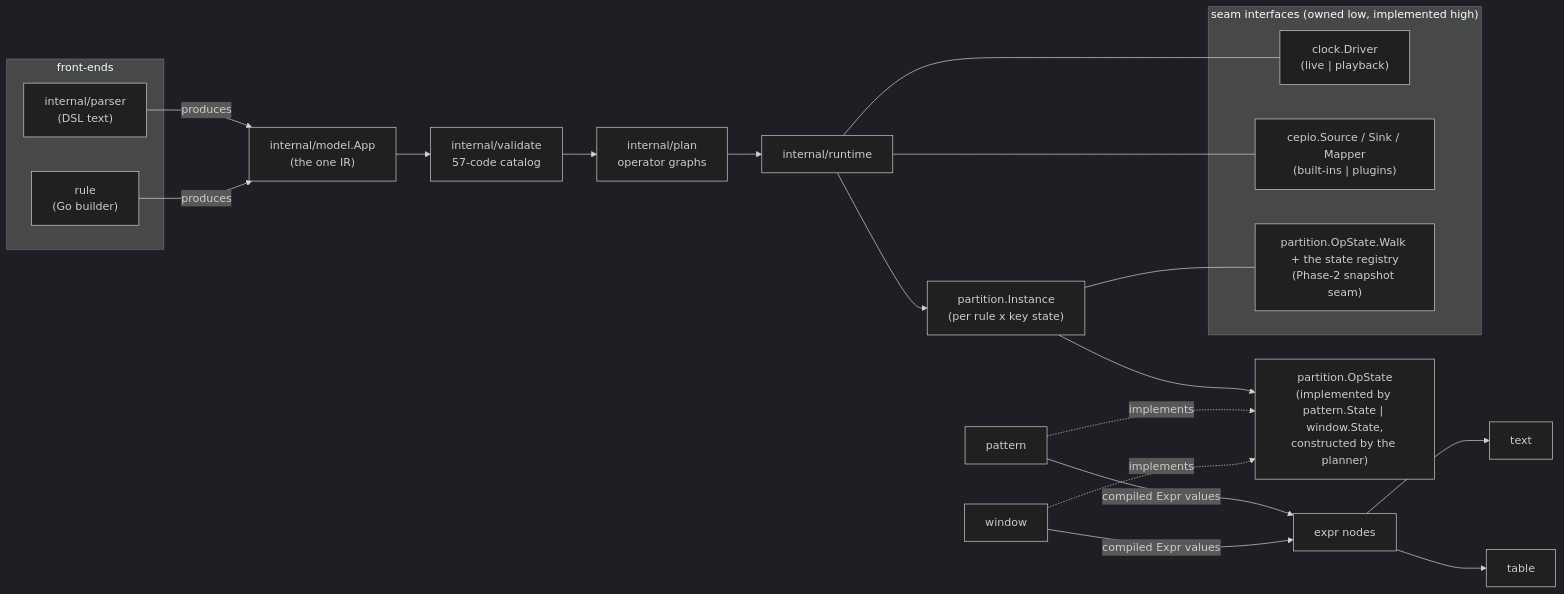
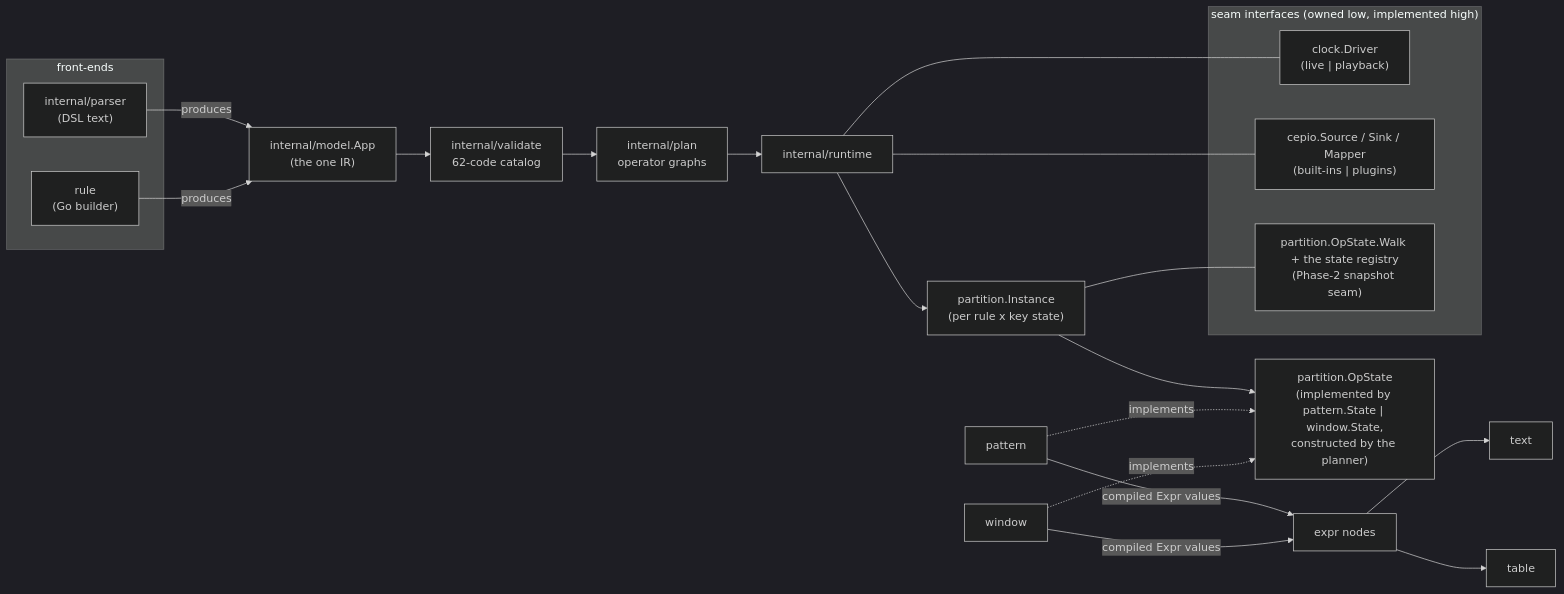
The third of 6 diagrams in docs/architecture/ARCHITECTURE.md (VORSAR/cep), drawn with Mermaid (dark theme) before and after one commit. The commit also changed other lines of this file and 21 other files, not shown here.

````diff
--- a/docs/architecture/ARCHITECTURE.md
+++ b/docs/architecture/ARCHITECTURE.md
@@ -237,22 +239,22 @@
 ```mermaid
 graph LR
     subgraph "front-ends"
         DSL["internal/parser\n(DSL text)"]; BLD["rule\n(Go builder)"]
     end
     DSL -->|produces| IR["internal/model.App\n(the one IR)"]
     BLD -->|produces| IR
-    IR --> VAL["internal/validate\n57-code catalog"]
+    IR --> VAL["internal/validate\n62-code catalog"]
     VAL --> PLN["internal/plan\noperator graphs"]
     PLN --> RT["internal/runtime"]
     subgraph "seam interfaces (owned low, implemented high)"
         DRV["clock.Driver\n(live | playback)"]
         SPI["cepio.Source / Sink / Mapper\n(built-ins | plugins)"]
         WLK["partition.OpState.Walk + the state registry\n(Phase-2 snapshot seam)"]
     end
     RT --- DRV; RT --- SPI
     RT --> INST["partition.Instance\n(per rule x key state)"]
     INST --- WLK
     INST --> OPS["partition.OpState\n(implemented by pattern.State | window.State,\nconstructed by the planner)"]
     PAT["pattern"] -.implements.-> OPS; WIN["window"] -.implements.-> OPS
     PAT & WIN -->|compiled Expr values| EXPRN["expr nodes"] --> TXT["text"] & TBL["table"]
 ```
````
